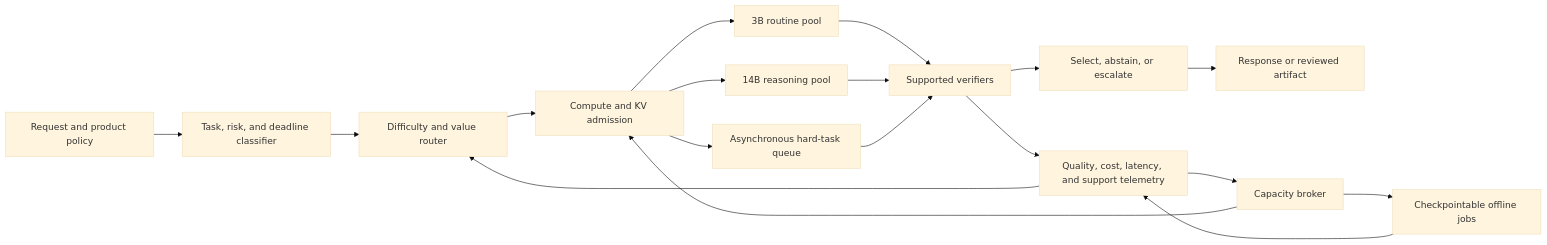
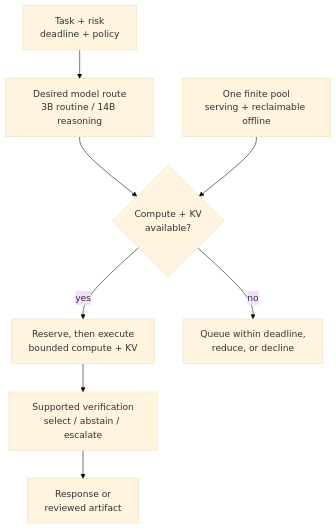
One commit to mlmentorship/mlmentorship.github.io changed the second of 2 diagrams in src/content/posts/2026-08-29-design-reasoning-model-fixed-budget.md. Above: the diagram before and after it, drawn with Mermaid (base theme). The commit also changed other lines of this file and 302 other files, not shown here.

````diff
--- a/src/content/posts/2026-08-29-design-reasoning-model-fixed-budget.md
+++ b/src/content/posts/2026-08-29-design-reasoning-model-fixed-budget.md
@@ -484,21 +494,13 @@
 ```mermaid
-flowchart LR
-  Request[Request and product policy] --> Classify[Task, risk, and deadline classifier]
-  Classify --> Route[Difficulty and value router]
-  Route --> Admit[Compute and KV admission]
-  Admit --> Small[3B routine pool]
-  Admit --> Reason[14B reasoning pool]
-  Admit --> Async[Asynchronous hard-task queue]
-  Small --> Check[Supported verifiers]
-  Reason --> Check
-  Async --> Check
-  Check --> Select[Select, abstain, or escalate]
-  Select --> Response[Response or reviewed artifact]
-
-  Capacity[Capacity broker] --> Admit
-  Capacity --> Train[Checkpointable offline jobs]
-  Telemetry[Quality, cost, latency, and support telemetry] --> Capacity
-  Telemetry --> Route
-  Check --> Telemetry
-  Train --> Telemetry
+flowchart TB
+  accTitle: Task routing and capacity admission are separate decisions
+  accDescr: Task, consequence, and deadline classification proposes a 3B routine or 14B reasoning route but does not reserve resources. Admission checks both compute and key-value memory against one finite pool shared with reclaimable offline jobs. A request can execute only after capacity is reserved. Otherwise it must queue within its deadline, reduce its budget, or be declined. Supported verification still determines selection, abstention, or escalation after execution.
+  Request["Task + risk<br/>deadline + policy"] --> Route["Desired model route<br/>3B routine / 14B reasoning"]
+  Route --> Admit{"Compute + KV<br/>available?"}
+  Capacity["One finite pool<br/>serving + reclaimable offline"] --> Admit
+  Admit -->|yes| Run["Reserve, then execute<br/>bounded compute + KV"]
+  Admit -->|no| Defer["Queue within deadline,<br/>reduce, or decline"]
+  Run --> Check["Supported verification<br/>select / abstain / escalate"]
+  Check --> Response["Response or<br/>reviewed artifact"]
+  class Request,Route,Admit,Capacity,Run,Defer,Check,Response viz-fit
 ```
````
